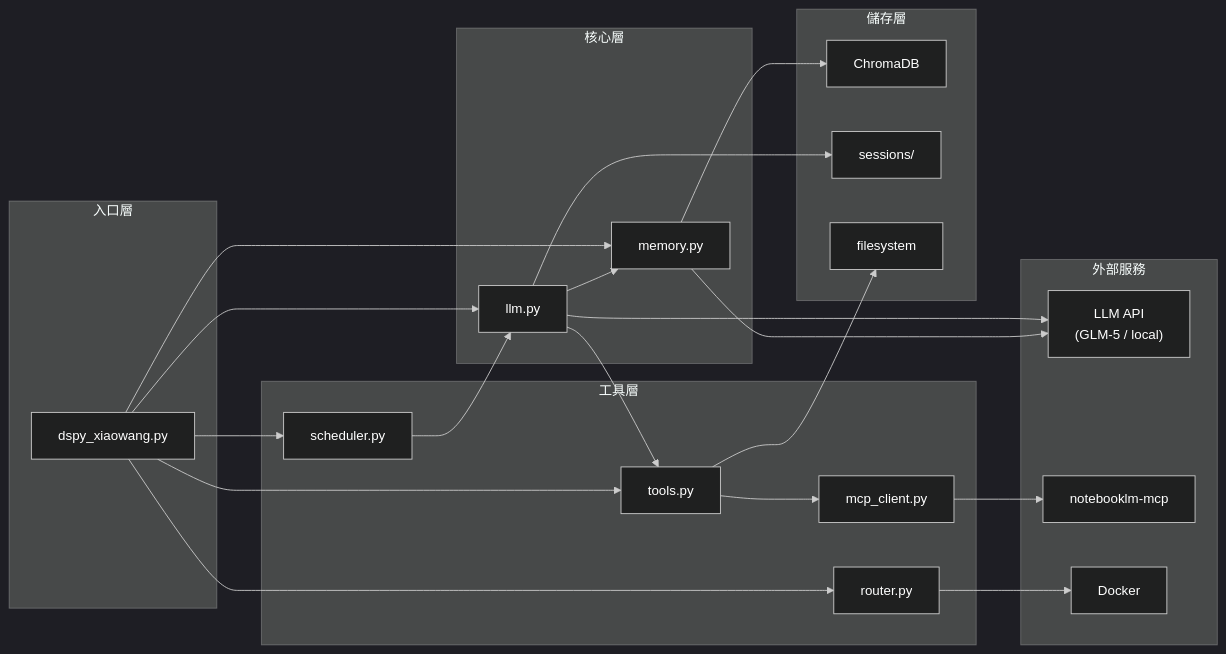
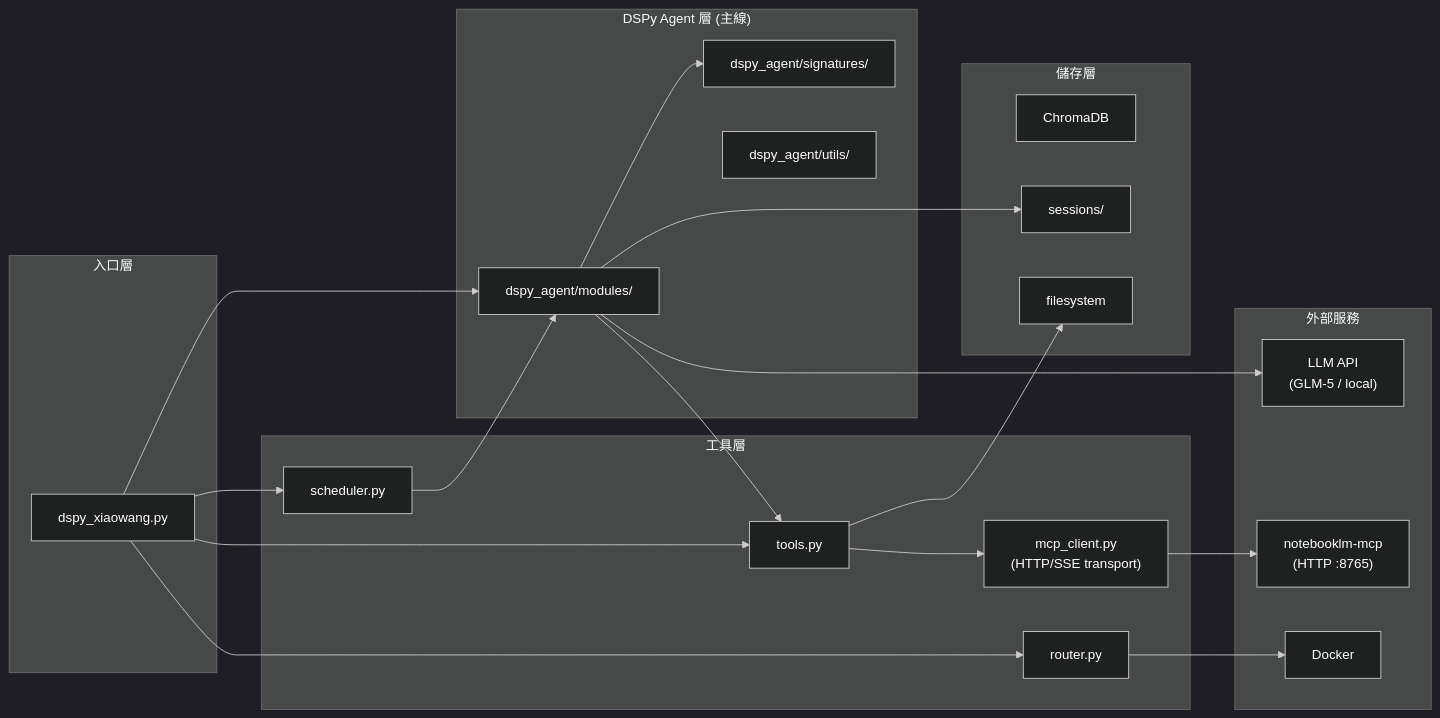
One commit to DanyLeeTW/dspy-office changed the third of 5 diagrams in 系統架構分析報告.md. Above: the diagram before and after it, drawn with Mermaid. The commit also changed other lines of this file and 6 other files, not shown here.

Commit message:
feat: add ToolAdapter for legacy registry migration and upgrade MCP client to support HTTP/SSE transport with session management

````diff
--- a/系統架構分析報告.md
+++ b/系統架構分析報告.md
@@ -134,59 +132,57 @@
 ```mermaid
 %%{init: {
   'theme': 'dark',
   'themeVariables': {
     'primaryColor': '#2d2d2d',
     'primaryTextColor': '#ffffff',
     'primaryBorderColor': '#aaaaaa',
     'lineColor': '#cccccc',
     'textColor': '#ffffff',
     'fontSize': '15px',
     'fontFamily': 'ui-sans-serif, system-ui, sans-serif'
   }
 }}%%
 graph LR
     subgraph entry["入口層"]
         XW["dspy_xiaowang.py"]
     end
 
-    subgraph core["核心層"]
-        LLM["llm.py"]
-        MEM["memory.py"]
+    subgraph dspy["DSPy Agent 層 (主線)"]
+        MOD["dspy_agent/modules/"]
+        SIG["dspy_agent/signatures/"]
+        UTIL["dspy_agent/utils/"]
     end
 
     subgraph tool["工具層"]
         TOOLS["tools.py"]
-        MCP["mcp_client.py"]
+        MCP["mcp_client.py<br/>(HTTP/SSE transport)"]
         SCHED["scheduler.py"]
         ROUTER["router.py"]
     end
 
     subgraph store["儲存層"]
         CHROMA["ChromaDB"]
         SESSION["sessions/"]
         FS["filesystem"]
     end
 
     subgraph ext["外部服務"]
         LLMAPI["LLM API\n(GLM-5 / local)"]
-        NLM["notebooklm-mcp"]
+        NLM["notebooklm-mcp<br/>(HTTP :8765)"]
         DOCKER["Docker"]
     end
 
-    XW --> LLM
-    XW --> MEM
+    XW --> MOD
     XW --> TOOLS
     XW --> SCHED
     XW --> ROUTER
-    LLM --> TOOLS
-    LLM --> MEM
-    LLM --> SESSION
-    LLM --> LLMAPI
-    MEM --> CHROMA
-    MEM --> LLMAPI
+    MOD --> SIG
+    MOD --> TOOLS
+    MOD --> SESSION
+    MOD --> LLMAPI
     TOOLS --> MCP
     TOOLS --> FS
     MCP --> NLM
-    SCHED --> LLM
+    SCHED --> MOD
     ROUTER --> DOCKER
 ```
````
